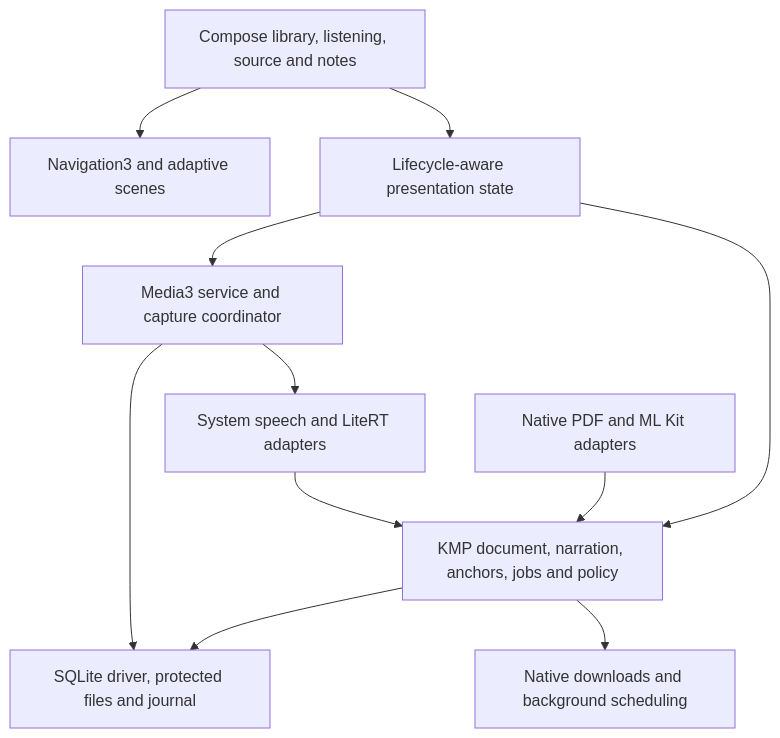
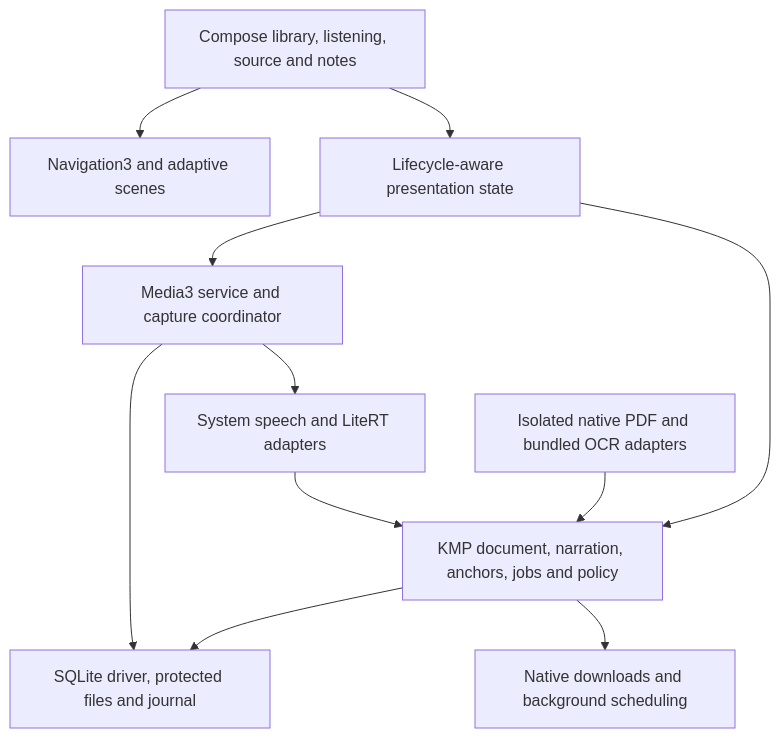
One commit to atlasmoth/rhapsodos changed the diagram in docs/android.md. Above: the diagram before and after it, drawn with Mermaid. The commit also changed other lines of this file and 55 other files, not shown here.

````diff
--- a/docs/android.md
+++ b/docs/android.md
@@ -30,22 +30,22 @@
 ```mermaid
 flowchart TB
     UI[Compose library, listening, source and notes]
     Nav[Navigation3 and adaptive scenes]
     Presentation[Lifecycle-aware presentation state]
     Core[KMP document, narration, anchors, jobs and policy]
-    PDF[Native PDF and ML Kit adapters]
+    PDF[Isolated native PDF and bundled OCR adapters]
     Audio[Media3 service and capture coordinator]
     Speech[System speech and LiteRT adapters]
     Storage[SQLite driver, protected files and journal]
     Work[Native downloads and background scheduling]
     UI --> Nav
     UI --> Presentation
     Presentation --> Core
     Presentation --> Audio
     PDF --> Core
     Core --> Storage
     Core --> Work
     Audio --> Speech
     Audio --> Storage
     Speech --> Core
 ```
````
